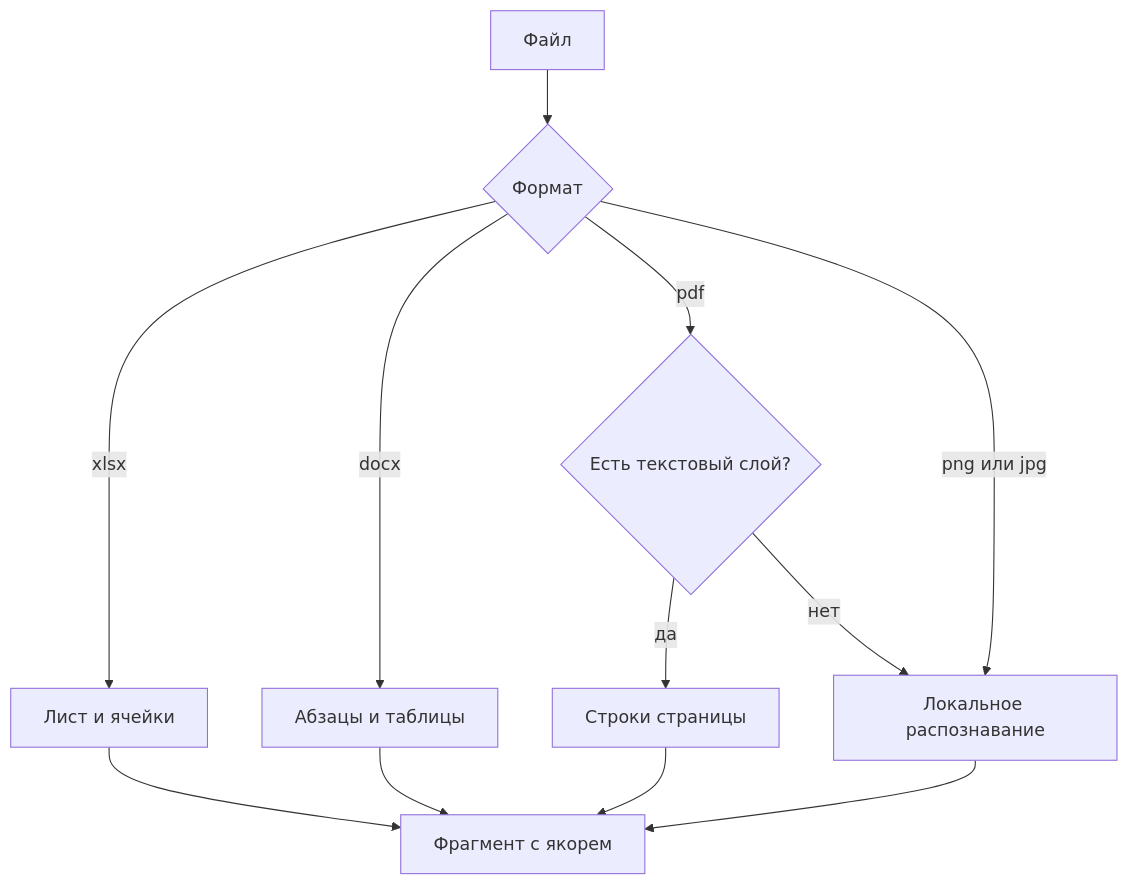
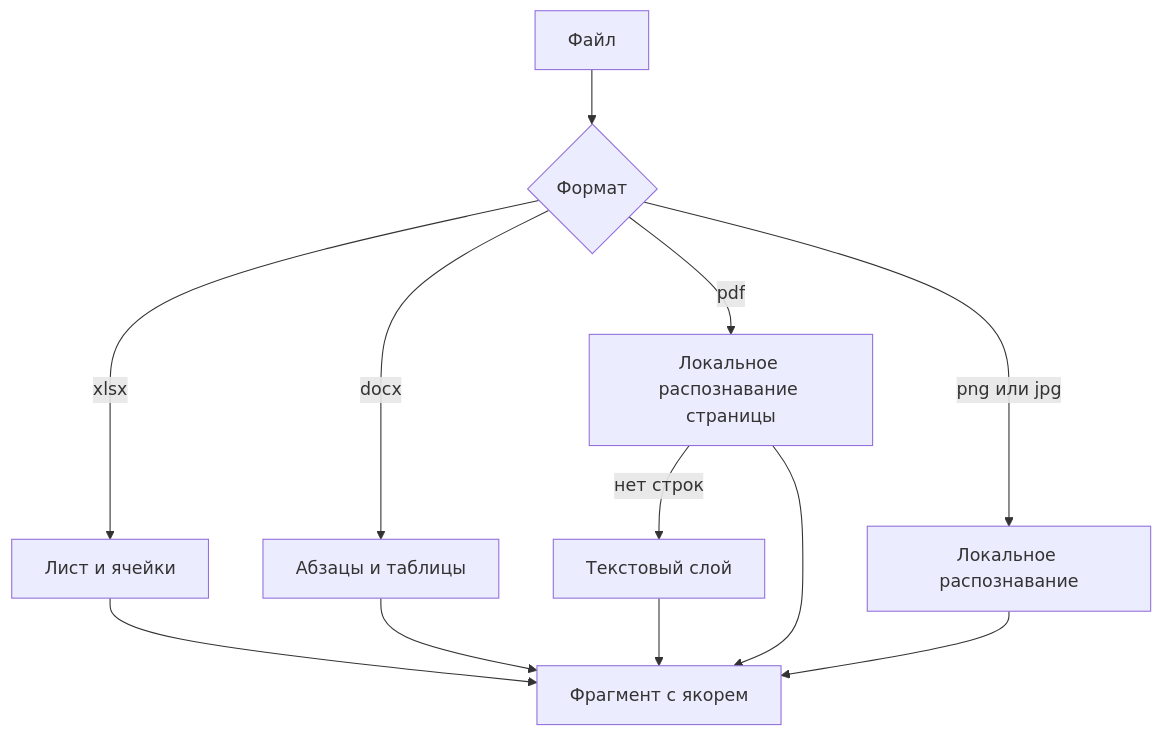
The tenth of 15 diagrams in README.md (aledemi1/ledger-proof-lens), drawn with Mermaid before and after one commit. The commit also changed other lines of this file and 19 other files, not shown here.

First line of the commit message:
Read every PDF page with Tesseract and send the model only a redacted image.

````diff
--- a/README.md
+++ b/README.md
@@ -362,14 +362,14 @@
 ```mermaid
 flowchart TD
   file["Файл"] --> kind{"Формат"}
   kind -->|xlsx| grid["Лист и ячейки"]
   kind -->|docx| flow["Абзацы и таблицы"]
-  kind -->|pdf| layer{"Есть текстовый слой?"}
-  layer -->|да| lines["Строки страницы"]
-  layer -->|нет| ocr["Локальное распознавание"]
-  kind -->|png или jpg| ocr
+  kind -->|pdf| ocr["Локальное распознавание страницы"]
+  ocr -->|нет строк| layer["Текстовый слой"]
+  kind -->|png или jpg| imageOcr["Локальное распознавание"]
   grid --> frag["Фрагмент с якорем"]
   flow --> frag
-  lines --> frag
+  layer --> frag
   ocr --> frag
+  imageOcr --> frag
 ```
````
